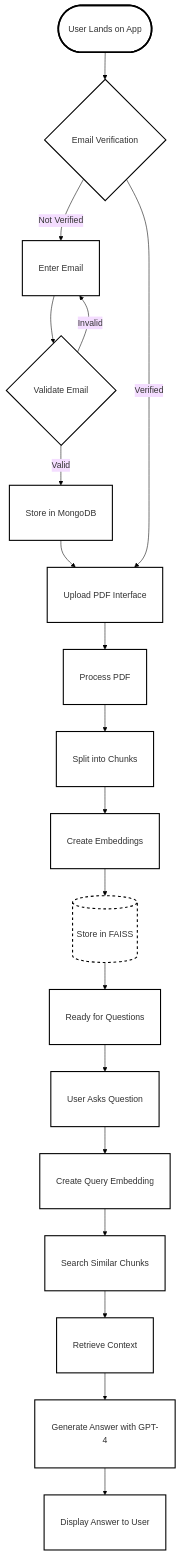
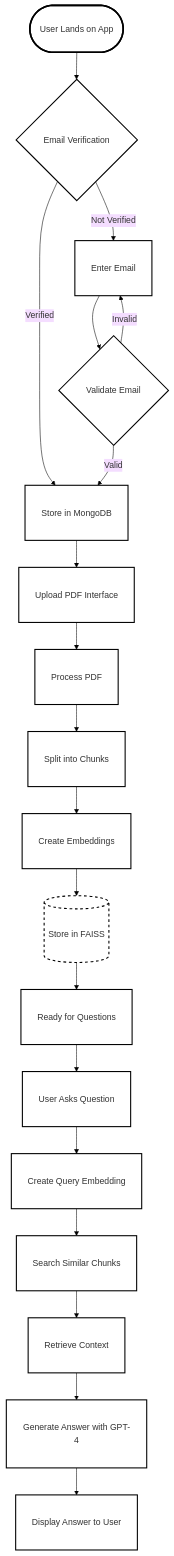
Before and after one commit to pkycode/RAGAPP: the diagram in RAG_APP_Flow.mermaid, drawn with Mermaid.

Commit message:
Update RAG_APP_Flow.mermaid
updated the flow and fixed the issues

```diff
--- a/RAG_APP_Flow.mermaid
+++ b/RAG_APP_Flow.mermaid
@@ -1,47 +1,47 @@
 %%{init: {'theme': 'base', 'themeVariables': { 'background': '#FFFFFF', 'textColor': '#000000', 'fontSize': '16px', 'fontFamily': 'arial', 'mainBkg': '#FFFFFF', 'lineColor': '#000000', 'clusterBkg': '#FFFFFF', 'primaryBorderColor': '#000000', 'nodeBorder': '#000000'}}}%%
 flowchart TD
     Start([User Lands on App])
     Email{Email Verification}
     InputEmail[Enter Email]
     ValidateEmail{Validate Email}
     StoreEmail[Store in MongoDB]
     Upload[Upload PDF Interface]
     Process[Process PDF]
     Split[Split into Chunks]
     Embed[Create Embeddings]
     Store[(Store in FAISS)]
     Ready[Ready for Questions]
     Question[User Asks Question]
     QueryEmbed[Create Query Embedding]
     Search[Search Similar Chunks]
     Retrieve[Retrieve Context]
     Generate[Generate Answer with GPT-4]
     Display[Display Answer to User]
 
     Start --> Email
     Email -->|Not Verified| InputEmail
+    Email -->|Verified| StoreEmail
     InputEmail --> ValidateEmail
     ValidateEmail -->|Invalid| InputEmail
     ValidateEmail -->|Valid| StoreEmail
     StoreEmail --> Upload
-    Email -->|Verified| Upload
     Upload --> Process
     Process --> Split
     Split --> Embed
     Embed --> Store
     Store --> Ready
     Ready --> Question
     Question --> QueryEmbed
     QueryEmbed --> Search
     Search --> Retrieve
     Retrieve --> Generate
     Generate --> Display
 
     classDef default fill:#FFFFFF,stroke:#000000,stroke-width:2px,padding:10px,font-size:16px
     classDef start fill:#FFFFFF,stroke:#000000,stroke-width:3px,padding:15px
     classDef storage fill:#FFFFFF,stroke:#000000,stroke-dasharray:5 5
     classDef condition fill:#FFFFFF,stroke:#000000,stroke-width:2px
     
     class Start start
     class Store storage
     class Email,ValidateEmail condition
```
